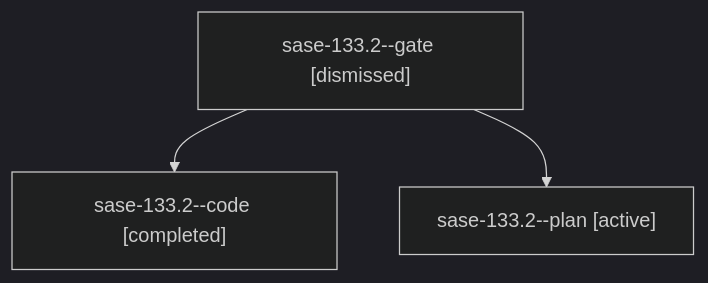
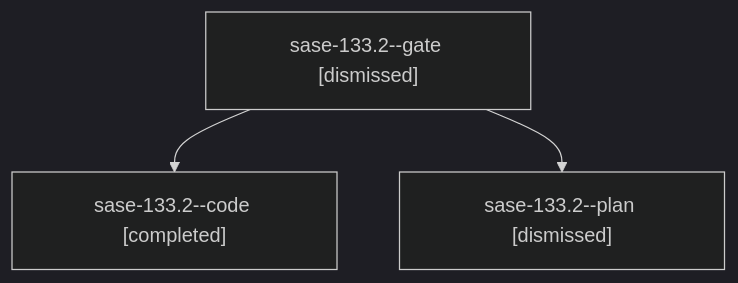
One commit to sase-org/sase--agents changed the diagram in sessions/bbugyi200.athena.sase-133.2.md. Above: the diagram before and after it, drawn with Mermaid (dark theme). The commit also changed other lines of this file and 118 other files, not shown here.

````diff
--- a/sessions/bbugyi200.athena.sase-133.2.md
+++ b/sessions/bbugyi200.athena.sase-133.2.md
@@ -9,8 +9,8 @@
 ```mermaid
 flowchart TD
   n0["sase-133.2--gate [dismissed]"]
   n1["sase-133.2--code [completed]"]
   n0 --> n1
-  n2["sase-133.2--plan [active]"]
+  n2["sase-133.2--plan [dismissed]"]
   n0 --> n2
 ```
````
